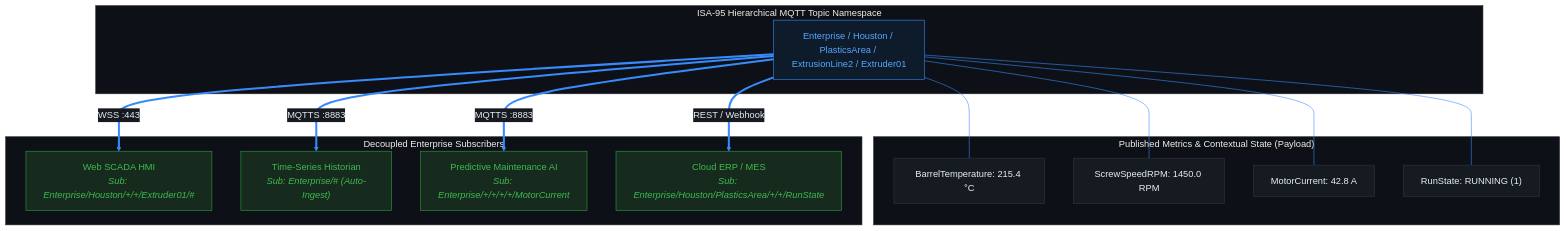
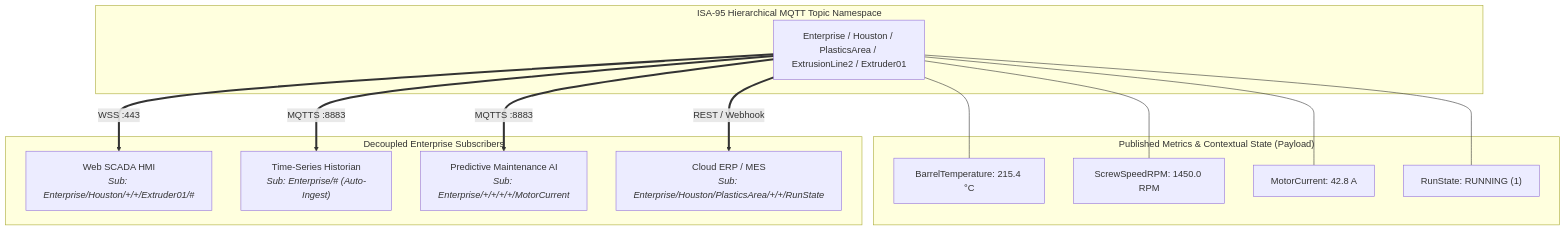
The second of 2 diagrams in docs/00-Domain-Mastery/lessons/01-Purdue-vs-UNS.md (Novav20/The-Meridian-Grid), drawn with Mermaid before and after one commit. The commit also changed other lines of this file and 15 other files, not shown here.

Commit message:
Clean up Mermaid lesson diagrams

````diff
--- a/docs/00-Domain-Mastery/lessons/01-Purdue-vs-UNS.md
+++ b/docs/00-Domain-Mastery/lessons/01-Purdue-vs-UNS.md
@@ -190,50 +171,31 @@
 ```mermaid
-%%{init: {
-  'theme': 'base',
-  'themeVariables': {
-    'darkMode': true,
-    'primaryColor': '#1E222B',
-    'primaryTextColor': '#E6EDF3',
-    'primaryBorderColor': '#388BFD',
-    'lineColor': '#388BFD',
-    'secondaryColor': '#16191F',
-    'tertiaryColor': '#0D1117',
-    'edgeLabelBackground': '#16191F'
-  },
-  'themeCSS': '.edgeLabel { color: #E6EDF3 !important; } .edgeLabel rect { fill: #16191F !important; } .label { color: #E6EDF3 !important; } .cluster-label span { color: #E6EDF3 !important; }'
-}}%%
 flowchart TD
     subgraph TopicTaxonomy ["ISA-95 Hierarchical MQTT Topic Namespace"]
         UNS["Enterprise / Houston / PlasticsArea / ExtrusionLine2 / Extruder01"]
     end
 
     subgraph Metrics ["Published Metrics & Contextual State (Payload)"]
         M1["BarrelTemperature: 215.4 °C"]
         M2["ScrewSpeedRPM: 1450.0 RPM"]
         M3["MotorCurrent: 42.8 A"]
         M4["RunState: RUNNING (1)"]
     end
 
     UNS --- M1
     UNS --- M2
     UNS --- M3
     UNS --- M4
 
     subgraph Subscribers ["Decoupled Enterprise Subscribers"]
         SCADA["Web SCADA HMI<br/><em>Sub: Enterprise/Houston/+/+/Extruder01/#</em>"]
         HIST["Time-Series Historian<br/><em>Sub: Enterprise/# (Auto-Ingest)</em>"]
         AI["Predictive Maintenance AI<br/><em>Sub: Enterprise/+/+/+/+/MotorCurrent</em>"]
         ERP["Cloud ERP / MES<br/><em>Sub: Enterprise/Houston/PlasticsArea/+/+/RunState</em>"]
     end
 
     UNS ==>|WSS :443| SCADA
     UNS ==>|MQTTS :8883| HIST
     UNS ==>|MQTTS :8883| AI
     UNS ==>|REST / Webhook| ERP
 
-    classDef default fill:#161b22,stroke:#30363d,color:#e6edf3;
-    classDef highlight fill:#0d1b2a,stroke:#388bfd,color:#58a6ff;
-    classDef success fill:#162b1d,stroke:#2ea043,color:#3fb950;
-    class UNS highlight;
-    class SCADA,HIST,AI,ERP success;
 ```
````
